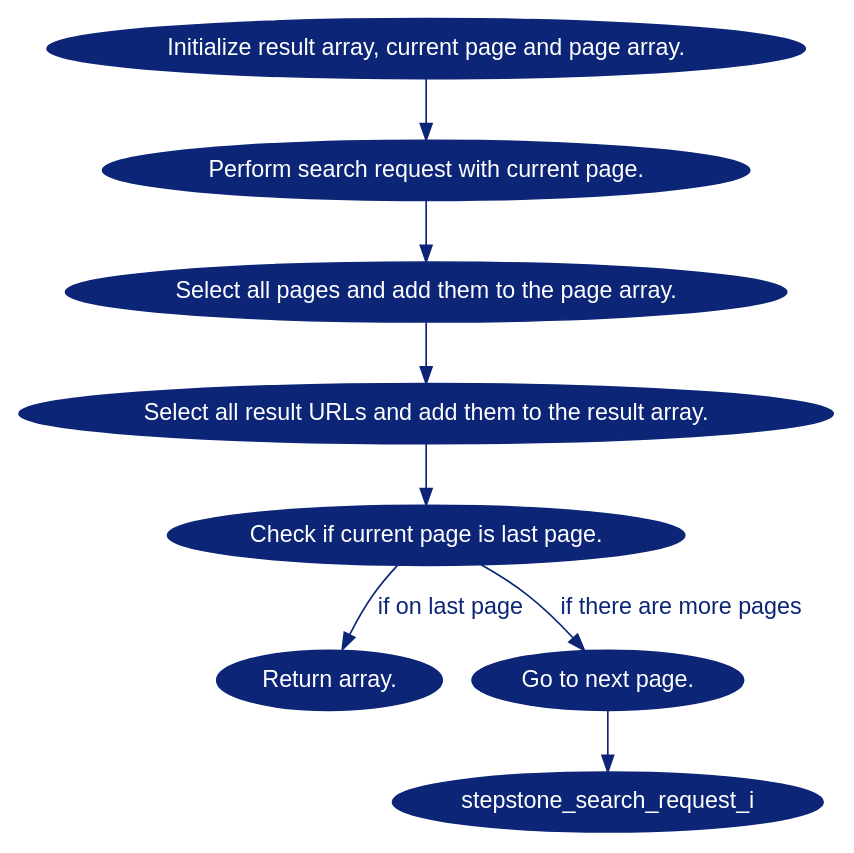
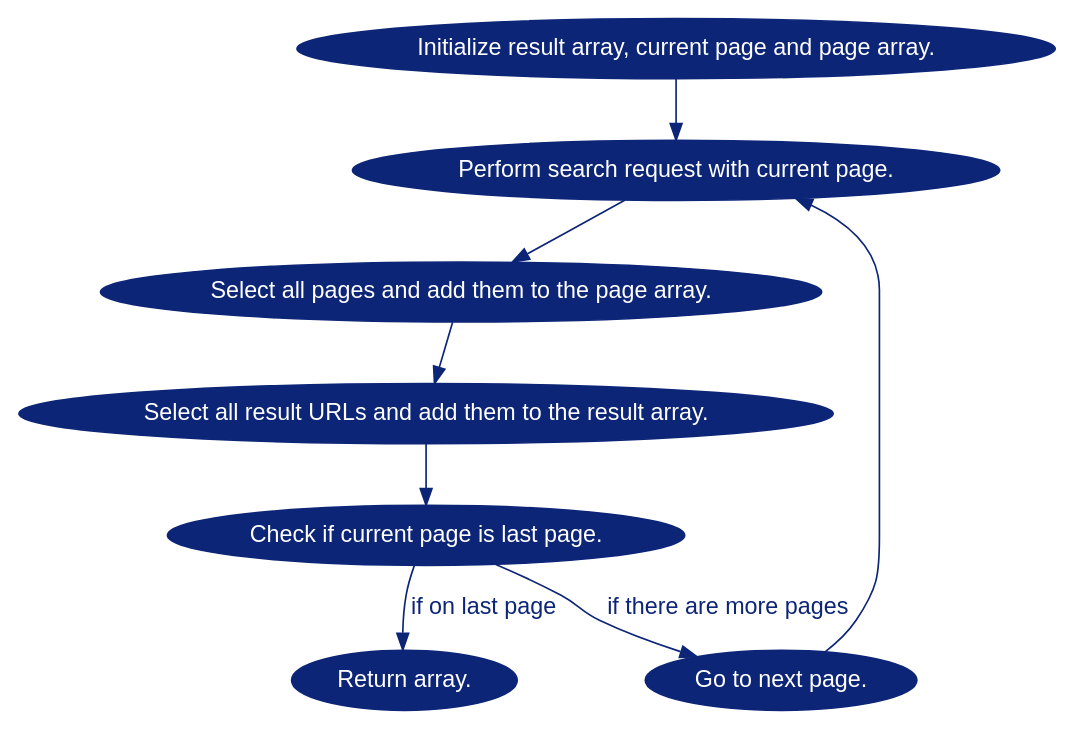
One commit to reitermarkus/infosec-job-scraper changed the diagram in paper/assets/stepstone-workflow.dot. Above: the diagram before and after it, drawn with Graphviz. The commit also changed 9 other files, not shown here.

```diff
--- a/paper/assets/stepstone-workflow.dot
+++ b/paper/assets/stepstone-workflow.dot
@@ -1,24 +1,24 @@
 digraph indeed {
   graph [fontname="sans-serif"];
   node [fontname="sans-serif"];
   edge [fontname="sans-serif"];
 
   node [style=filled, color="#0c2577", fontcolor=white];
   edge [color="#0c2577", fontcolor="#0c2577"];
 
   stepstone_initialize_array -> stepstone_search_request;
   stepstone_search_request -> stepstone_select_pages;
   stepstone_select_pages -> stepstone_select_results;
   stepstone_select_results -> stepstone_check_page;
   stepstone_check_page -> stepstone_return_array [label="if on last page"];
   stepstone_check_page -> stepstone_increase_offset [label="if there are more pages"];
-  stepstone_increase_offset -> stepstone_search_request_i;
+  stepstone_increase_offset -> stepstone_search_request;
 
   stepstone_initialize_array [label="Initialize result array, current page and page array."];
   stepstone_search_request [label="Perform search request with current page."];
   stepstone_select_pages [label="Select all pages and add them to the page array."]
   stepstone_select_results [label="Select all result URLs and add them to the result array."];
   stepstone_check_page [label="Check if current page is last page."];
   stepstone_increase_offset [label="Go to next page."];
   stepstone_return_array [label="Return array."]
 }
```
